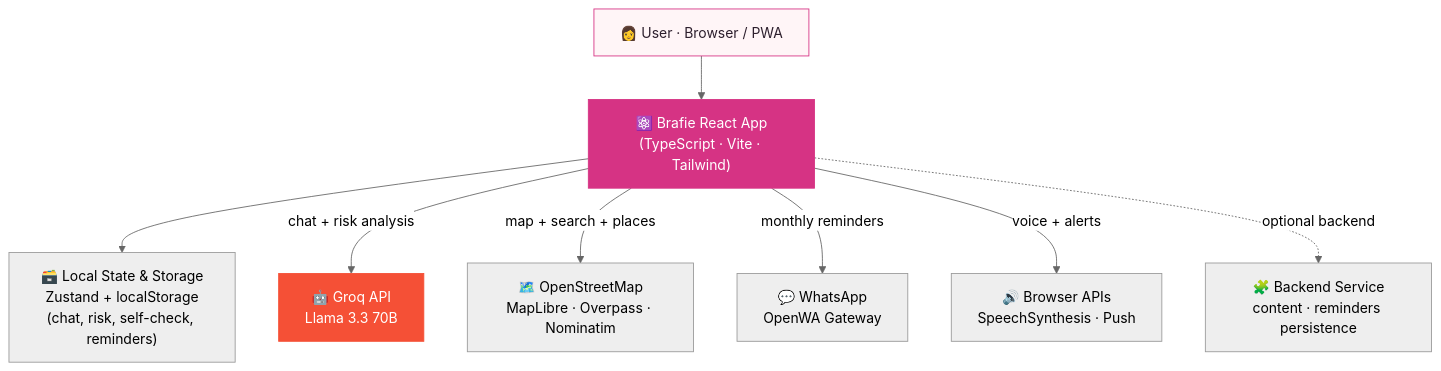
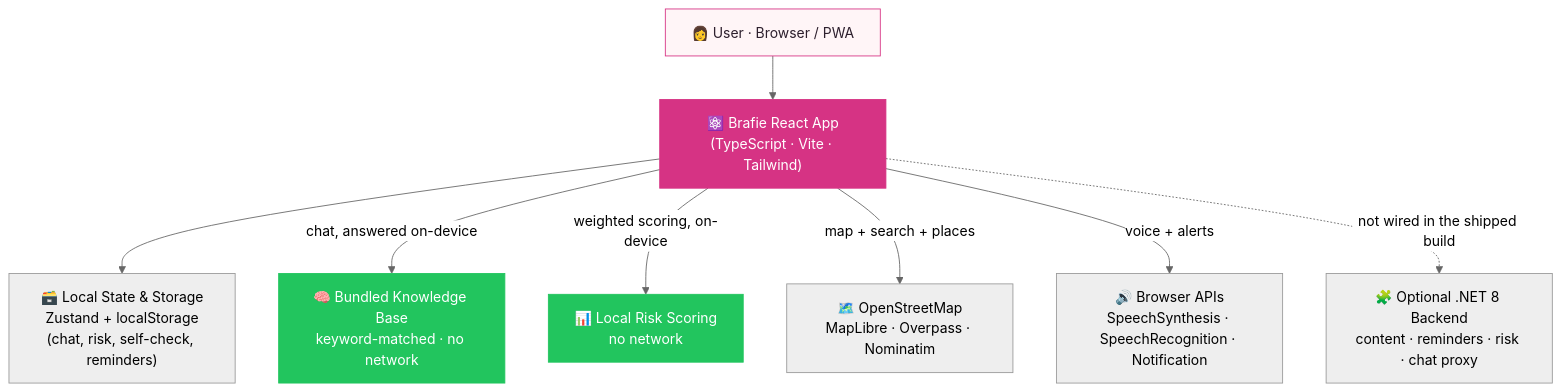
One commit to LordScientist/brafie changed the diagram in README.md. Above: the diagram before and after it, drawn with Mermaid (neutral theme). The commit also changed other lines of this file, not shown here.

````diff
--- a/README.md
+++ b/README.md
@@ -174,17 +173,18 @@
 ```mermaid
 flowchart TD
     U["👩 User · Browser / PWA"] --> APP["⚛️ Brafie React App<br/>(TypeScript · Vite · Tailwind)"]
 
     APP --> STATE["🗃️ Local State & Storage<br/>Zustand + localStorage<br/>(chat, risk, self-check, reminders)"]
 
-    APP -->|chat + risk analysis| GROQ["🤖 Groq API<br/>Llama 3.3 70B"]
+    APP -->|chat, answered on-device| KB["🧠 Bundled Knowledge Base<br/>keyword-matched · no network"]
+    APP -->|weighted scoring, on-device| SCORE["📊 Local Risk Scoring<br/>no network"]
     APP -->|map + search + places| GEO["🗺️ OpenStreetMap<br/>MapLibre · Overpass · Nominatim"]
-    APP -->|monthly reminders| WA["💬 WhatsApp<br/>OpenWA Gateway"]
-    APP -->|voice + alerts| BROWSER["🔊 Browser APIs<br/>SpeechSynthesis · Push"]
+    APP -->|voice + alerts| BROWSER["🔊 Browser APIs<br/>SpeechSynthesis · SpeechRecognition · Notification"]
 
-    APP -.optional backend.-> API["🧩 Backend Service<br/>content · reminders persistence"]
+    APP -. not wired in the shipped build .-> API["🧩 Optional .NET 8 Backend<br/>content · reminders · risk · chat proxy"]
 
     style APP fill:#D63384,stroke:#D63384,color:#fff
-    style GROQ fill:#F55036,stroke:#F55036,color:#fff
+    style KB fill:#22C55E,stroke:#22C55E,color:#fff
+    style SCORE fill:#22C55E,stroke:#22C55E,color:#fff
     style U fill:#FFF5F7,stroke:#D63384,color:#2D1F2D
 ```
````
